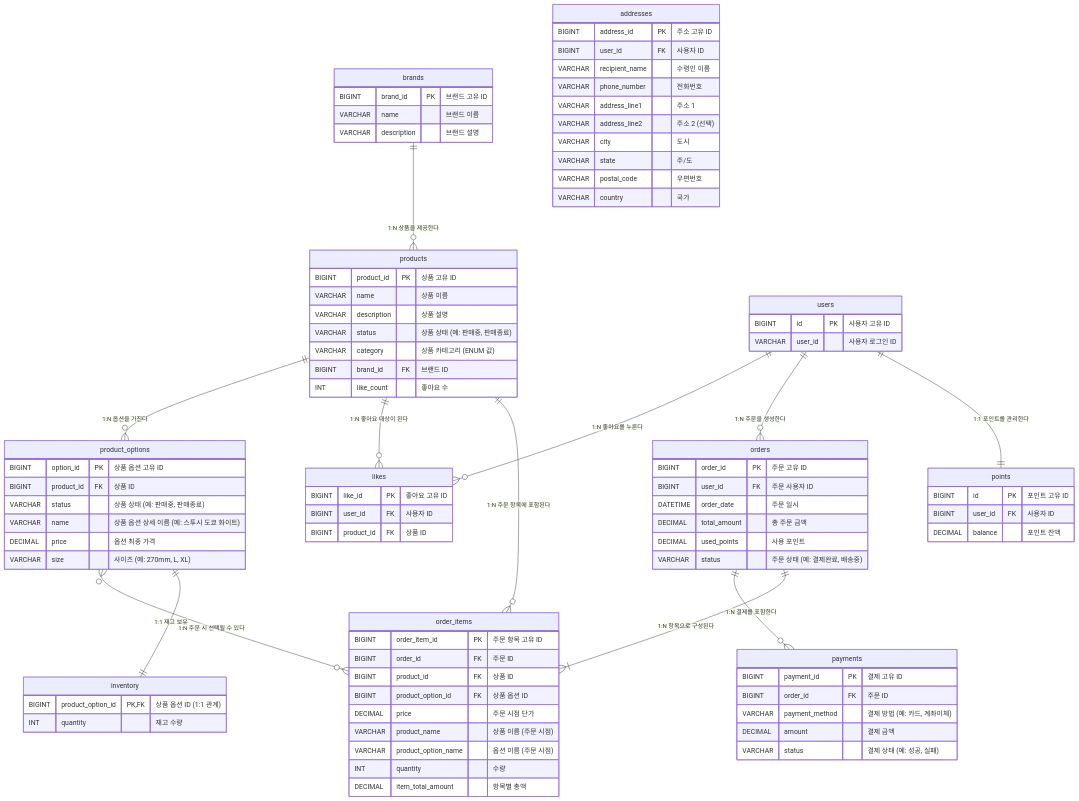
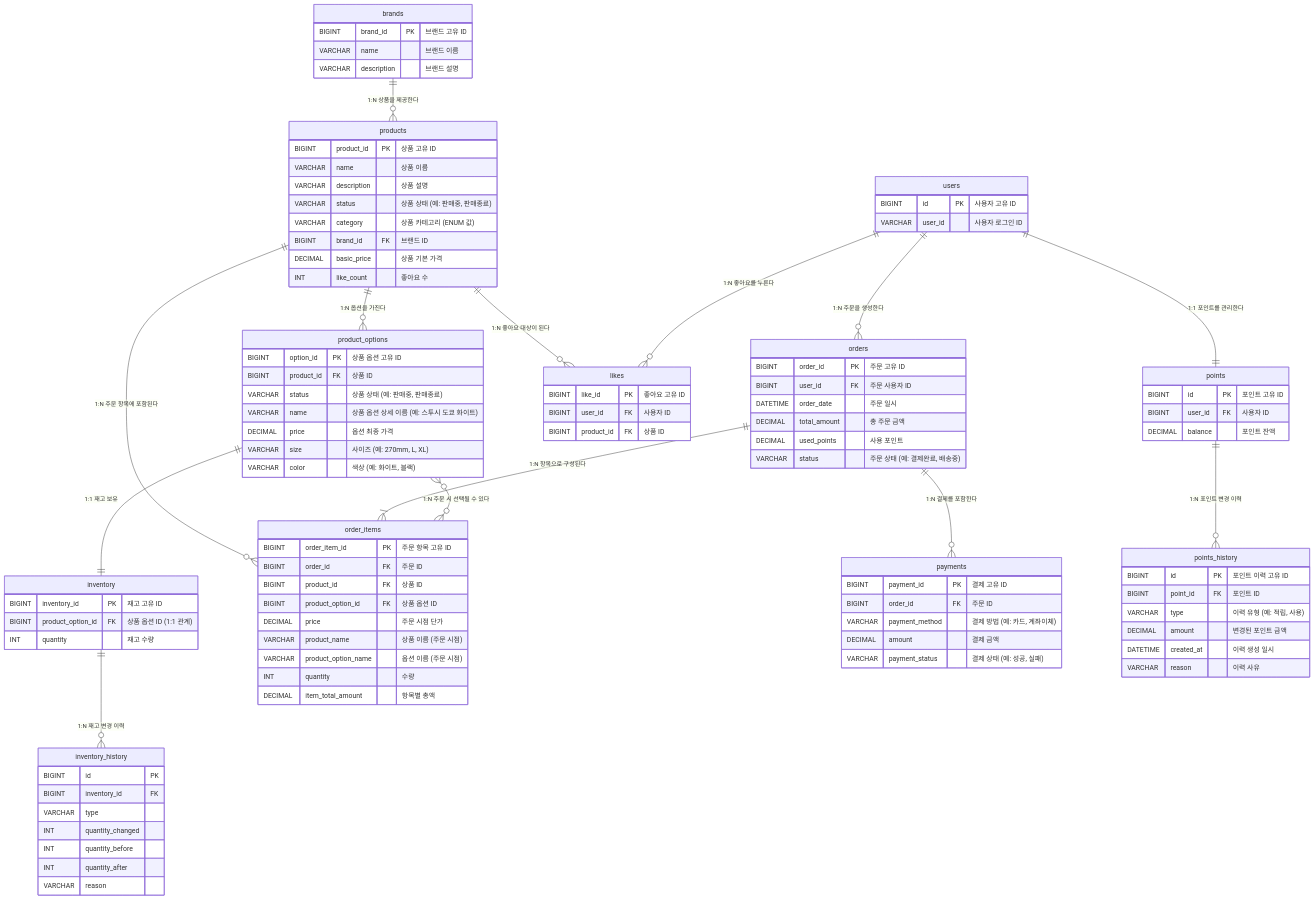
Before and after one commit to JoshDevLab/loopers-commerce: the diagram in docs/design/04-erd.md, drawn with Mermaid. The commit also changed 25 other files, not shown here.

````diff
--- a/docs/design/04-erd.md
+++ b/docs/design/04-erd.md
@@ -7,6 +7,7 @@
         VARCHAR status "상품 상태 (예: 판매중, 판매종료)"
         VARCHAR category "상품 카테고리 (ENUM 값)"
         BIGINT brand_id FK "브랜드 ID"
+        DECIMAL basic_price "상품 기본 가격"
         INT like_count "좋아요 수"
     }
 
@@ -17,11 +18,23 @@
         VARCHAR name "상품 옵션 상세 이름 (예: 스투시 도쿄 화이트)"
         DECIMAL price "옵션 최종 가격"
         VARCHAR size "사이즈 (예: 270mm, L, XL)"
+        VARCHAR color "색상 (예: 화이트, 블랙)"
     }
 
     inventory {
-        BIGINT product_option_id PK, FK "상품 옵션 ID (1:1 관계)"
+        BIGINT inventory_id PK "재고 고유 ID"
+        BIGINT product_option_id FK "상품 옵션 ID (1:1 관계)"
         INT quantity "재고 수량"
+    }
+
+    inventory_history {
+        BIGINT id PK
+        BIGINT inventory_id FK
+        VARCHAR type
+        INT quantity_changed
+        INT quantity_before
+        INT quantity_after
+        VARCHAR reason
     }
 
     brands {
@@ -73,20 +86,16 @@
         BIGINT order_id FK "주문 ID"
         VARCHAR payment_method "결제 방법 (예: 카드, 계좌이체)"
         DECIMAL amount "결제 금액"
-        VARCHAR status "결제 상태 (예: 성공, 실패)"
+        VARCHAR payment_status "결제 상태 (예: 성공, 실패)"
     }
     
-    addresses {
-        BIGINT address_id PK "주소 고유 ID"
-        BIGINT user_id FK "사용자 ID"
-        VARCHAR recipient_name "수령인 이름"
-        VARCHAR phone_number "전화번호"
-        VARCHAR address_line1 "주소 1"
-        VARCHAR address_line2 "주소 2 (선택)"
-        VARCHAR city "도시"
-        VARCHAR state "주/도"
-        VARCHAR postal_code "우편번호"
-        VARCHAR country "국가"
+    points_history {
+        BIGINT id PK "포인트 이력 고유 ID"
+        BIGINT point_id FK "포인트 ID"
+        VARCHAR type "이력 유형 (예: 적립, 사용)"
+        DECIMAL amount "변경된 포인트 금액"
+        DATETIME created_at "이력 생성 일시"
+        VARCHAR reason "이력 사유"
     }
 
     products ||--o{ product_options : "1:N 옵션을 가진다"
@@ -100,4 +109,6 @@
     orders ||--|{ order_items : "1:N 항목으로 구성된다"
     product_options }o--o{ order_items : "1:N 주문 시 선택될 수 있다"
     product_options ||--|| inventory : "1:1 재고 보유"
+    inventory ||--o{ inventory_history : "1:N 재고 변경 이력"
+    points ||--o{ points_history : "1:N 포인트 변경 이력"
 ```
````
